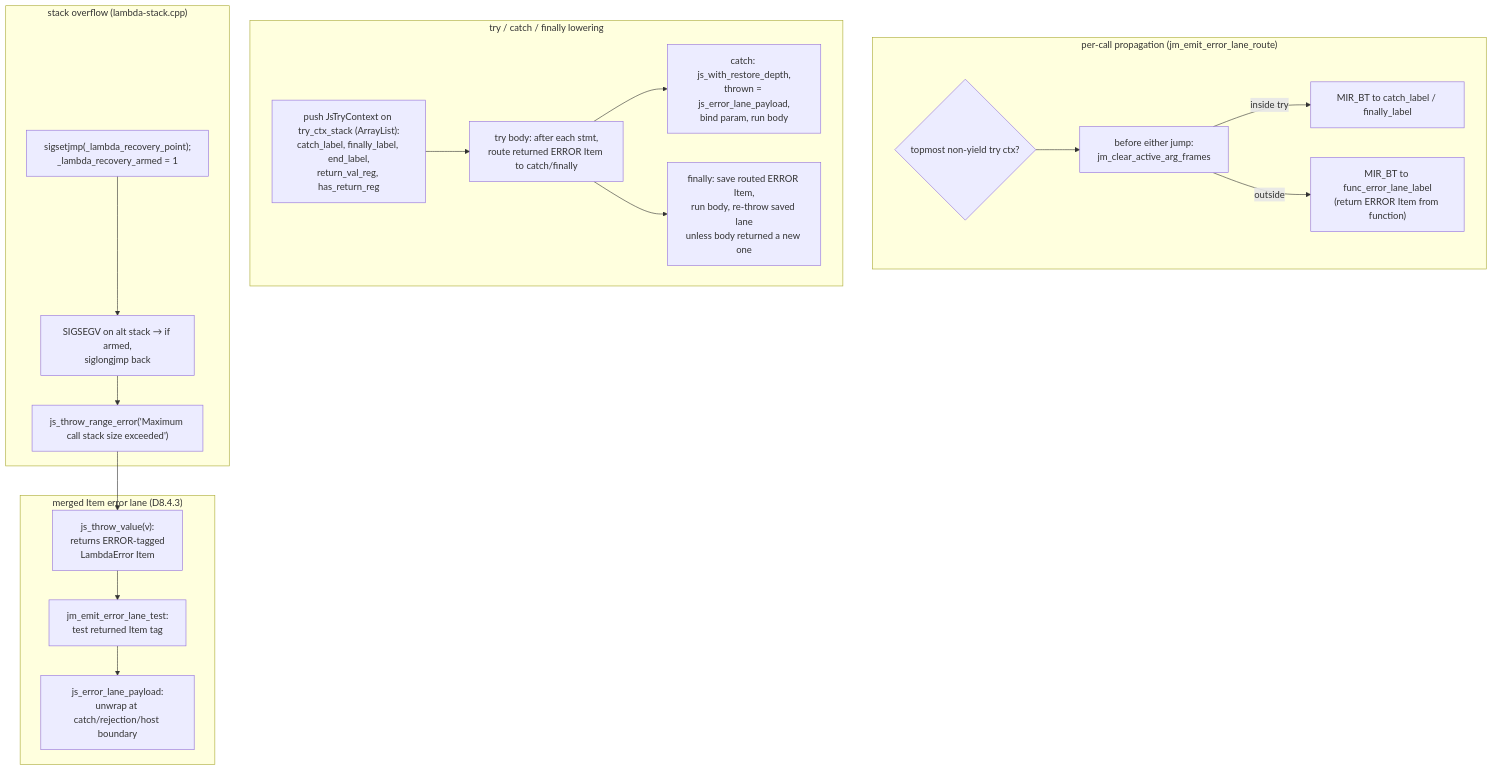
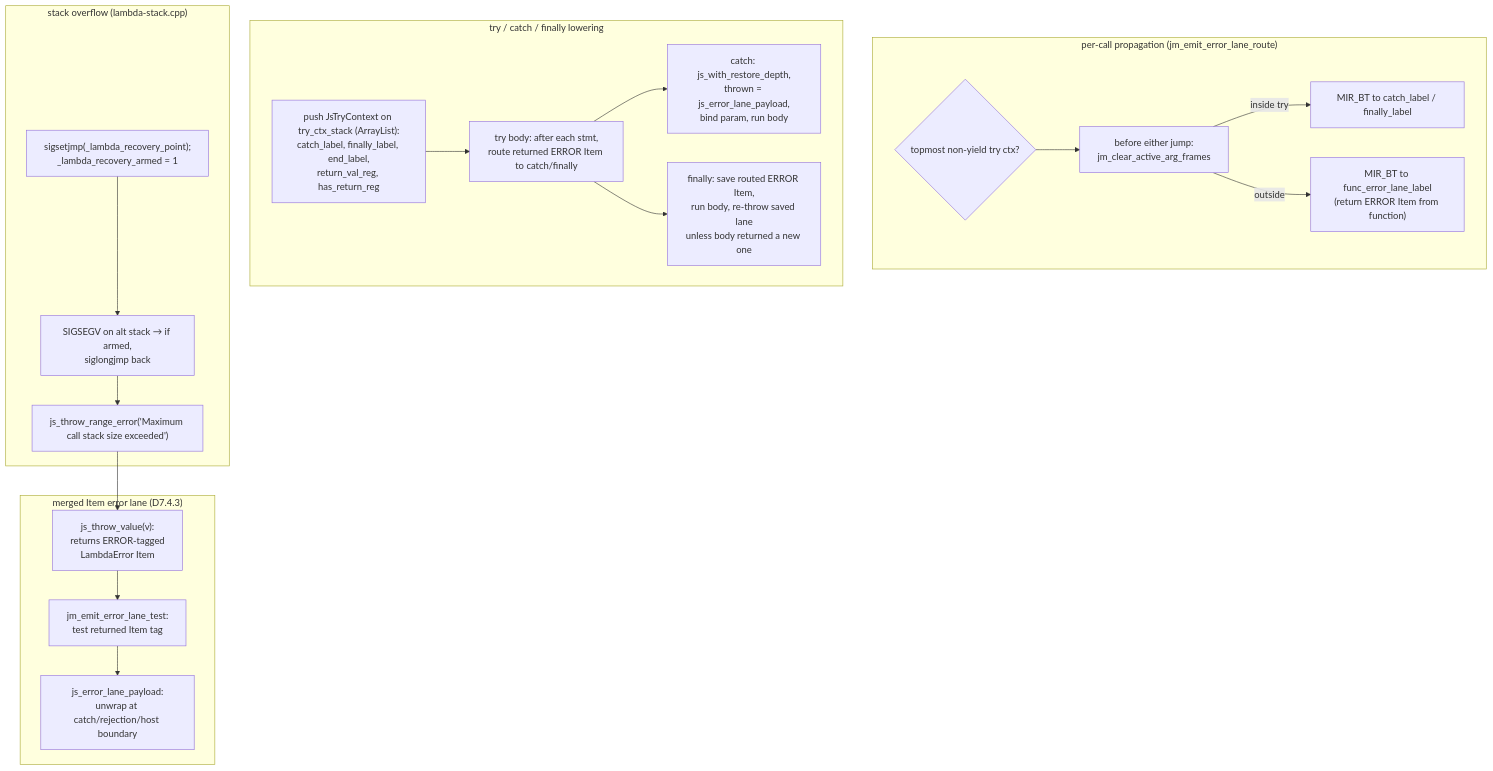
The diagram in doc/dev/js/diagram/d04_exceptions.mmd (henry-luo/lambda), drawn with Mermaid before and after one commit. The commit also changed 1872 other files, not shown here.

```diff
--- a/doc/dev/js/diagram/d04_exceptions.mmd
+++ b/doc/dev/js/diagram/d04_exceptions.mmd
@@ -1,34 +1,34 @@
 flowchart TB
-  subgraph lane["merged Item error lane (D8.4.3)"]
+  subgraph lane["merged Item error lane (D7.4.3)"]
     SV["js_throw_value(v):<br/>returns ERROR-tagged<br/>LambdaError Item"]
     CK["jm_emit_error_lane_test:<br/>test returned Item tag"]
     CL["js_error_lane_payload:<br/>unwrap at catch/rejection/host boundary"]
   end
 
   subgraph emit["per-call propagation (jm_emit_error_lane_route)"]
     P{"topmost non-yield try ctx?"}
     PT["MIR_BT to catch_label / finally_label"]
     PF["MIR_BT to func_error_lane_label<br/>(return ERROR Item from function)"]
     CLR["before either jump:<br/>jm_clear_active_arg_frames"]
   end
 
   subgraph trycf["try / catch / finally lowering"]
     PUSH["push JsTryContext on try_ctx_stack (ArrayList):<br/>catch_label, finally_label, end_label,<br/>return_val_reg, has_return_reg"]
     TRY["try body: after each stmt,<br/>route returned ERROR Item to catch/finally"]
     CATCH["catch: js_with_restore_depth,<br/>thrown = js_error_lane_payload,<br/>bind param, run body"]
     FIN["finally: save routed ERROR Item,<br/>run body, re-throw saved lane<br/>unless body returned a new one"]
   end
 
   subgraph so["stack overflow (lambda-stack.cpp)"]
     ARM["sigsetjmp(_lambda_recovery_point);<br/>_lambda_recovery_armed = 1"]
     SIG["SIGSEGV on alt stack → if armed,<br/>siglongjmp back"]
     RNG["js_throw_range_error('Maximum call stack size exceeded')"]
   end
 
   SV --> CK --> CL
   P --> CLR
   CLR -->|inside try| PT
   CLR -->|outside| PF
   PUSH --> TRY --> CATCH
   TRY --> FIN
   ARM --> SIG --> RNG --> SV
```
